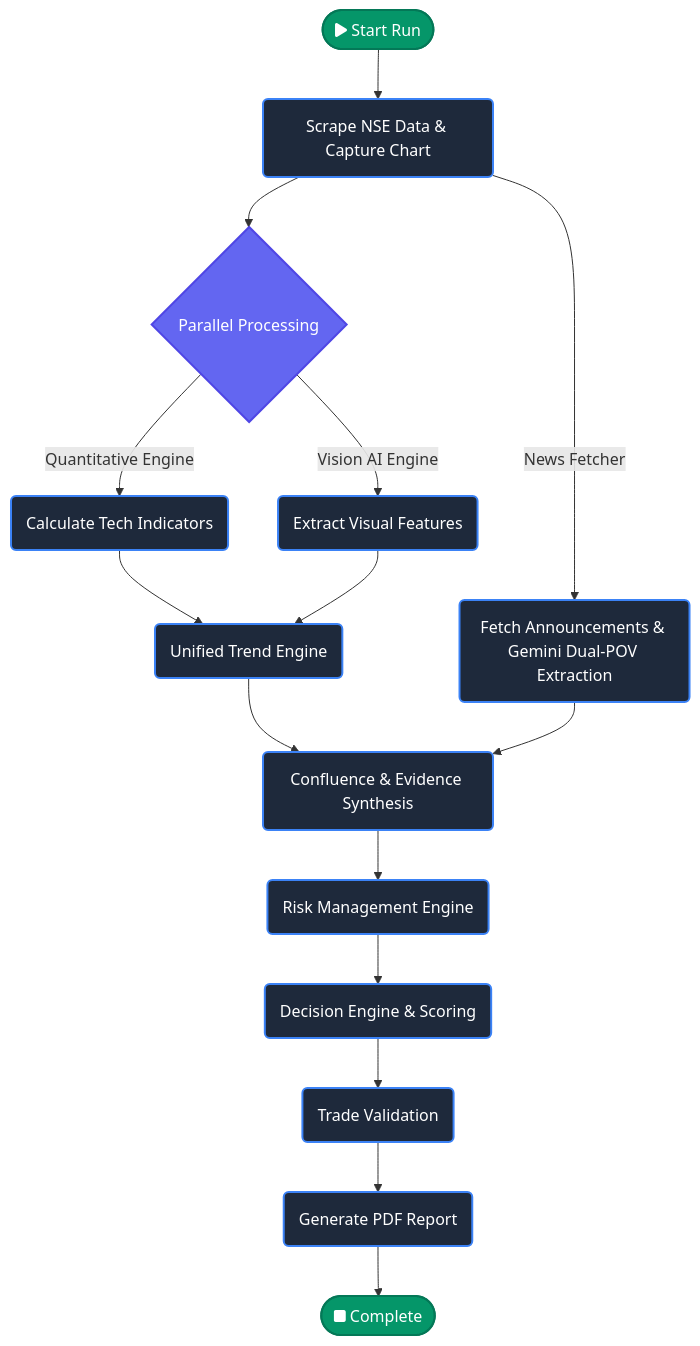
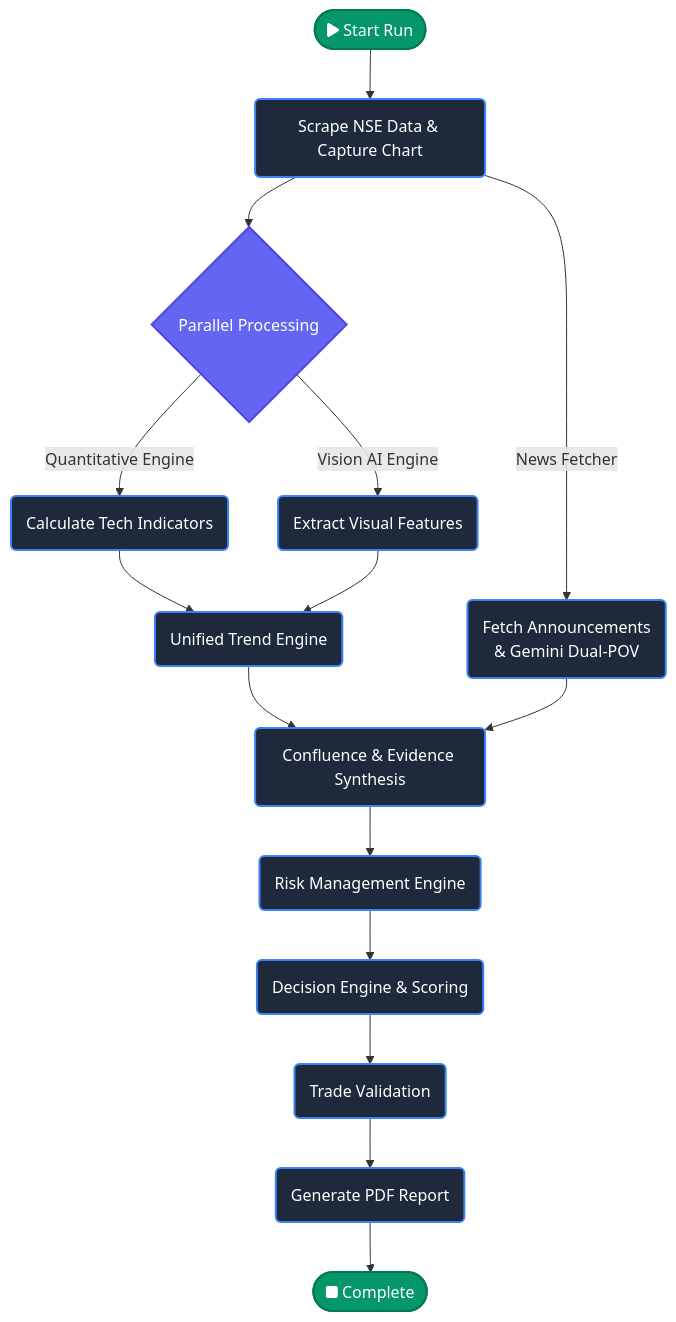
Before and after one commit to rushabhkhandhar/VisuQuant: the diagram in README.md, drawn with Mermaid.

Commit message:
revised the readme

````diff
--- a/README.md
+++ b/README.md
@@ -13,27 +13,27 @@
 ```mermaid
 graph TD
     %% Main Pipeline
     Start([fa:fa-play Start Run]) --> A(Scrape NSE Data & Capture Chart)
     A --> B{Parallel Processing}
     B -->|Quantitative Engine| C(Calculate Tech Indicators)
     B -->|Vision AI Engine| D(Extract Visual Features)
     C --> E(Unified Trend Engine)
     D --> E
     E --> F(Confluence & Evidence Synthesis)
-    A -->|News Fetcher| News(Fetch Announcements & Gemini Dual-POV Extraction)
+    A -->|News Fetcher| News("Fetch Announcements <br> & Gemini Dual-POV")
     News --> F
     F --> G(Risk Management Engine)
     G --> H(Decision Engine & Scoring)
     H --> I(Trade Validation)
     I --> J(Generate PDF Report)
     J --> End([fa:fa-stop Complete])
 
     %% Styling
     classDef node fill:#1e293b,stroke:#3b82f6,stroke-width:2px,color:#fff;
     classDef startend fill:#059669,stroke:#047857,stroke-width:2px,color:#fff;
     classDef parallel fill:#6366f1,stroke:#4f46e5,stroke-width:2px,color:#fff;
     
     class A,C,D,E,F,G,H,I,J node;
     class Start,End startend;
     class B parallel;
 ```
````
